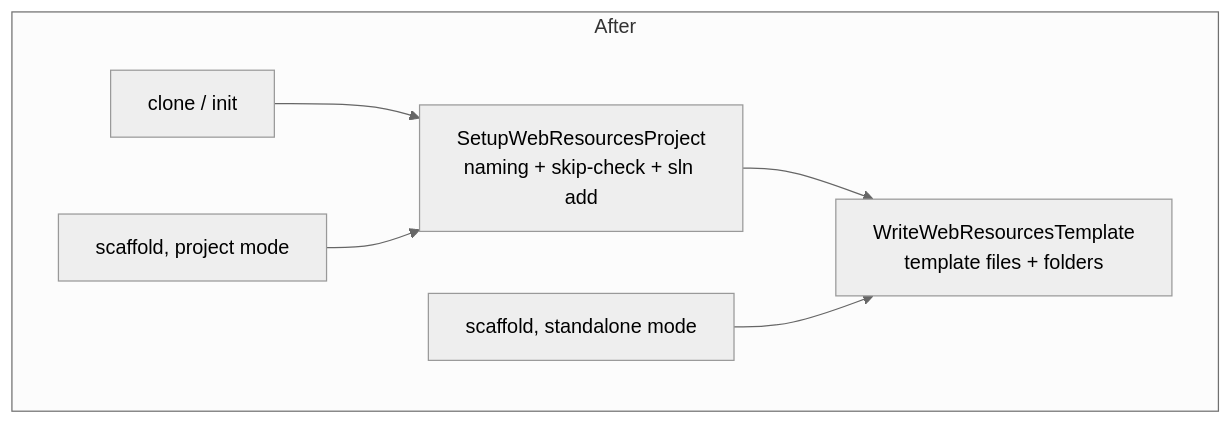
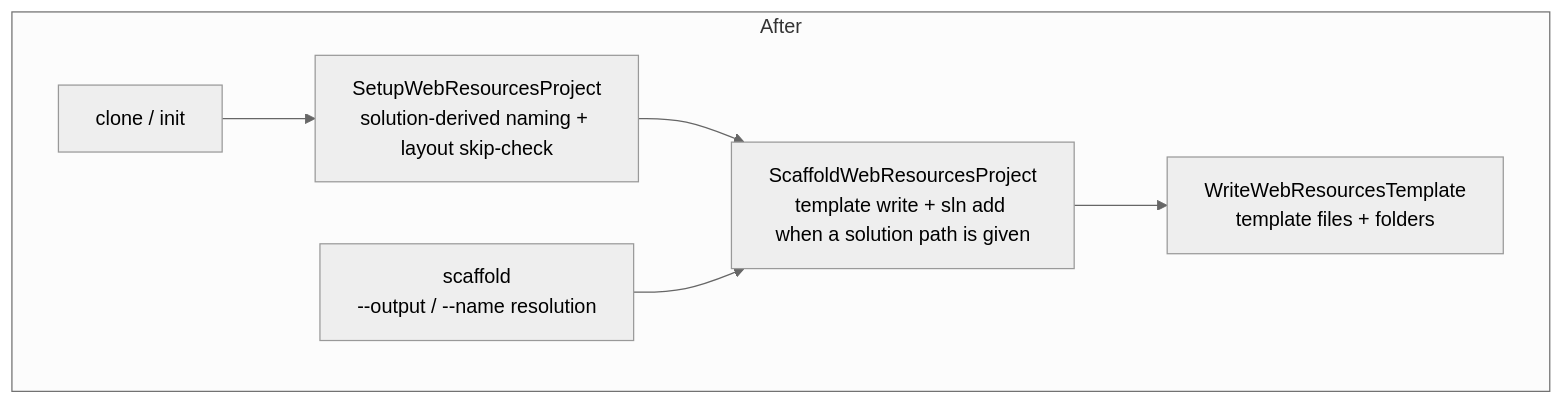
Before and after one commit to RemyDuijkeren/Flowline: the second of 2 diagrams in docs/plans/2026-08-15-001-feat-scaffold-webresources-plan.md, drawn with Mermaid (neutral theme). The commit also changed other lines of this file and 9 other files, not shown here.

````diff
--- a/docs/plans/2026-08-15-001-feat-scaffold-webresources-plan.md
+++ b/docs/plans/2026-08-15-001-feat-scaffold-webresources-plan.md
@@ -184,9 +234,9 @@
 ```mermaid
 flowchart TB
   subgraph After
-    CI[clone / init] --> SW[SetupWebResourcesProject<br/>naming + skip-check + sln add]
-    SC[scaffold, project mode] --> SW
-    SW --> CORE[WriteWebResourcesTemplate<br/>template files + folders]
-    SS[scaffold, standalone mode] --> CORE
+    CI[clone / init] --> SW["SetupWebResourcesProject<br/>solution-derived naming + layout skip-check"]
+    SW --> MID["ScaffoldWebResourcesProject<br/>template write + sln add when a solution path is given"]
+    SC["scaffold<br/>--output / --name resolution"] --> MID
+    MID --> CORE["WriteWebResourcesTemplate<br/>template files + folders"]
   end
 ```
````
